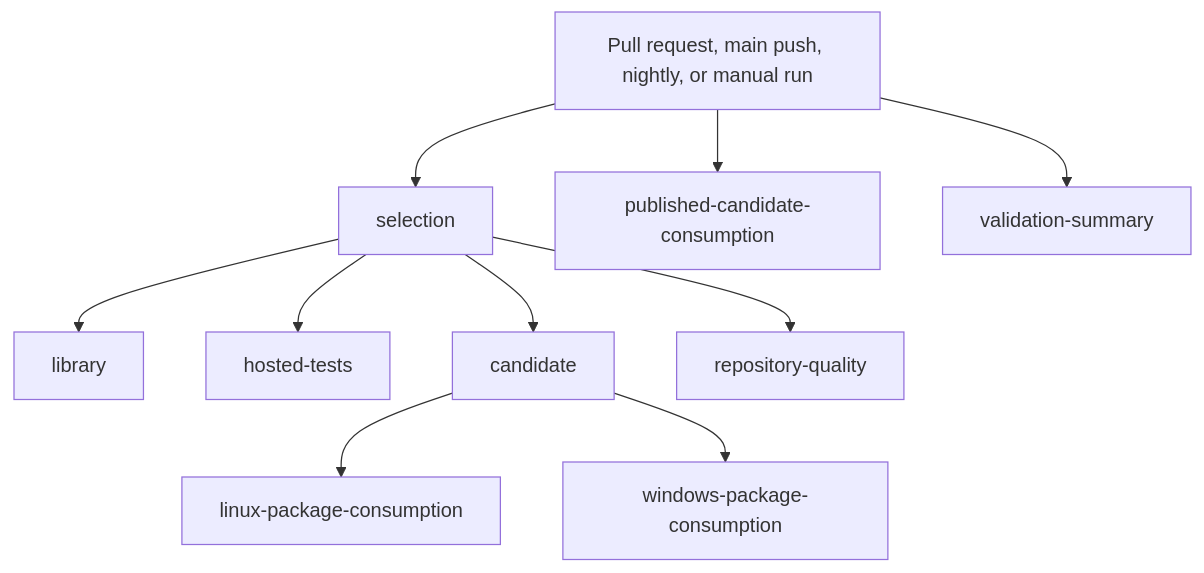
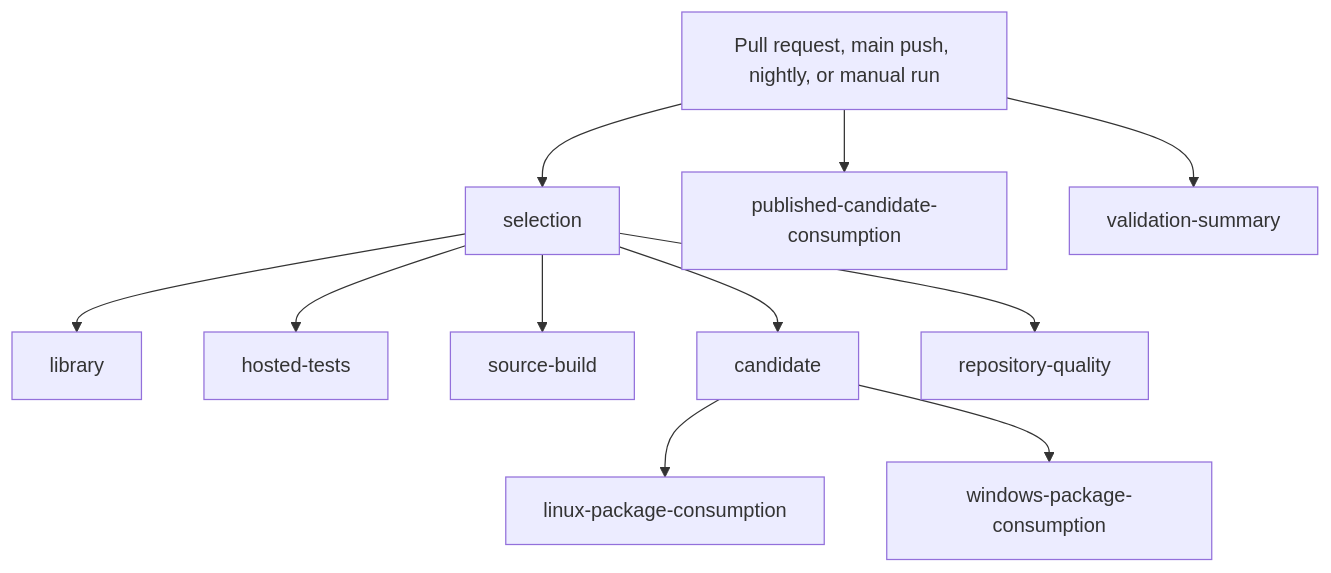
One commit to danigutsch/PandaBear.SharedKernel changed the second of 2 diagrams in docs/architecture/README.md. Above: the diagram before and after it, drawn with Mermaid. The commit also changed 42 other files, not shown here.

````diff
--- a/docs/architecture/README.md
+++ b/docs/architecture/README.md
@@ -64,22 +64,24 @@
 ```mermaid
 flowchart TB
     trigger[Pull request, main push, nightly, or manual run]
     selection[selection]
     library[library]
     hosted_tests[hosted-tests]
+    source_build[source-build]
     candidate[candidate]
     linux_package_consumption[linux-package-consumption]
     windows_package_consumption[windows-package-consumption]
     repository_quality[repository-quality]
     published_candidate_consumption[published-candidate-consumption]
     validation_summary[validation-summary]
     trigger --> selection
     selection --> library
     selection --> hosted_tests
+    selection --> source_build
     selection --> candidate
     candidate --> linux_package_consumption
     candidate --> windows_package_consumption
     selection --> repository_quality
     trigger --> published_candidate_consumption
     trigger --> validation_summary
 ```
````
